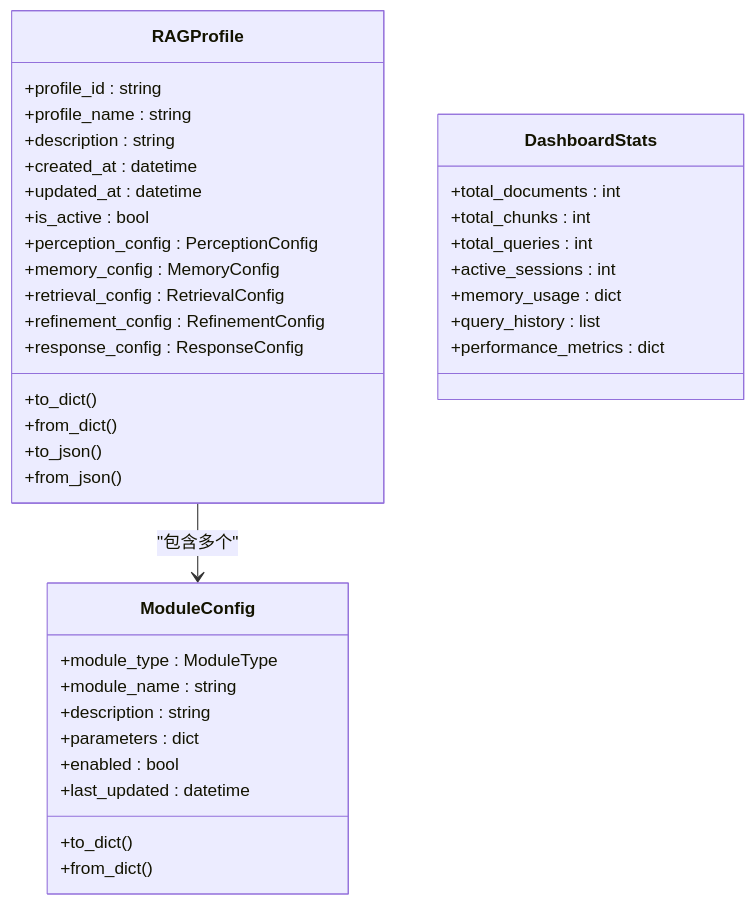
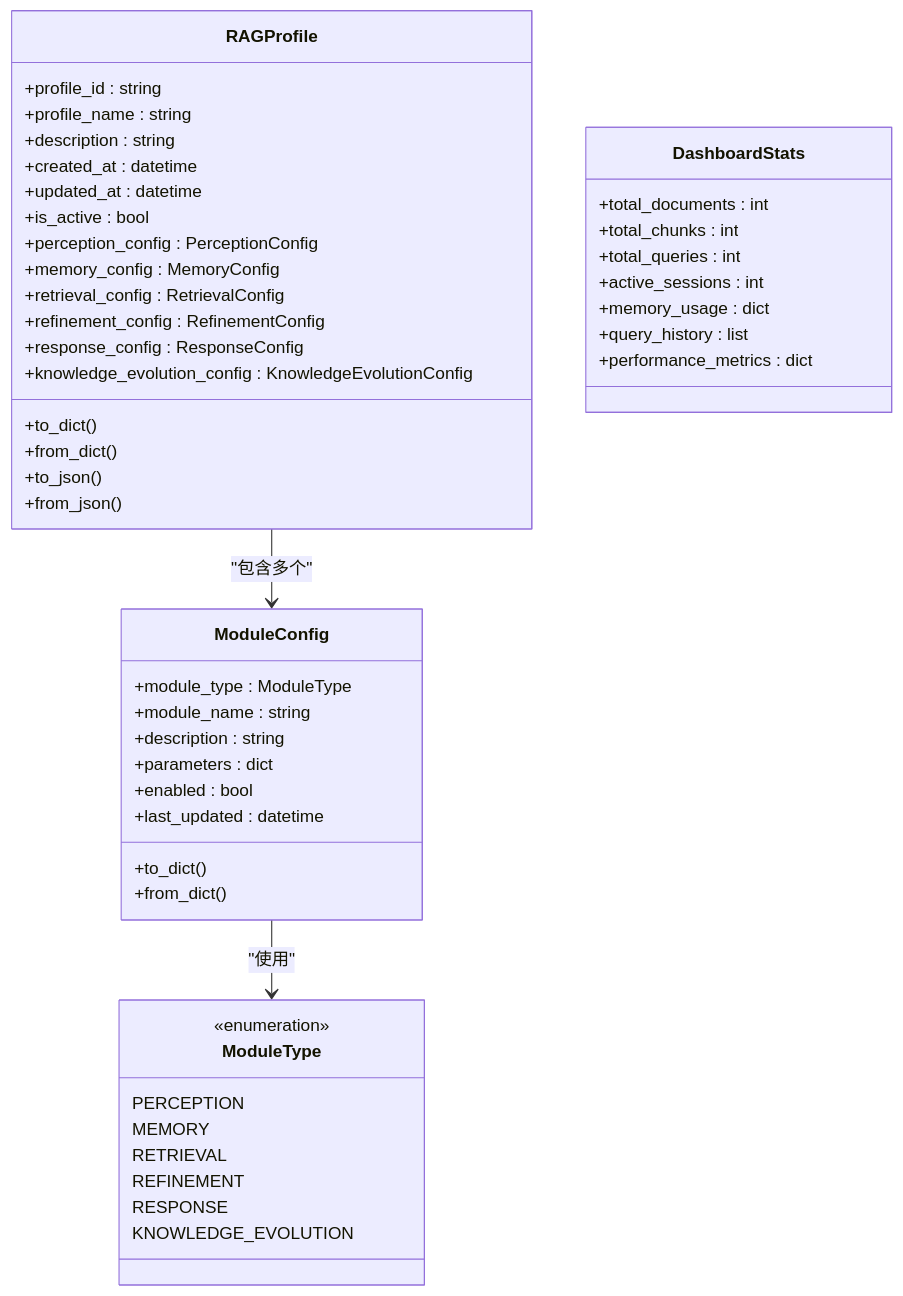
Before and after one commit to JieGaoPrinceton/NecoRAG: the fourth of 9 diagrams in .qoder/repowiki/zh/content/仪表板系统/仪表板系统.md, drawn with Mermaid. The commit also changed other lines of this file and 15 other files, not shown here.

````diff
--- a/.qoder/repowiki/zh/content/仪表板系统/仪表板系统.md
+++ b/.qoder/repowiki/zh/content/仪表板系统/仪表板系统.md
@@ -237,40 +261,51 @@
 ```mermaid
 classDiagram
 class RAGProfile {
 +profile_id : string
 +profile_name : string
 +description : string
 +created_at : datetime
 +updated_at : datetime
 +is_active : bool
 +perception_config : PerceptionConfig
 +memory_config : MemoryConfig
 +retrieval_config : RetrievalConfig
 +refinement_config : RefinementConfig
 +response_config : ResponseConfig
++knowledge_evolution_config : KnowledgeEvolutionConfig
 +to_dict()
 +from_dict()
 +to_json()
 +from_json()
 }
 class ModuleConfig {
 +module_type : ModuleType
 +module_name : string
 +description : string
 +parameters : dict
 +enabled : bool
 +last_updated : datetime
 +to_dict()
 +from_dict()
 }
 class DashboardStats {
 +total_documents : int
 +total_chunks : int
 +total_queries : int
 +active_sessions : int
 +memory_usage : dict
 +query_history : list
 +performance_metrics : dict
 }
+class ModuleType {
+<<enumeration>>
+PERCEPTION
+MEMORY
+RETRIEVAL
+REFINEMENT
+RESPONSE
+KNOWLEDGE_EVOLUTION
+}
 RAGProfile --> ModuleConfig : "包含多个"
+ModuleConfig --> ModuleType : "使用"
 ```
````
